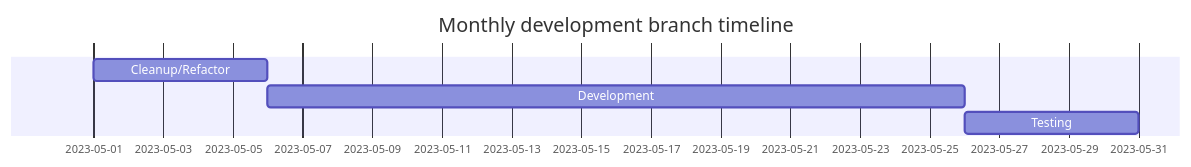
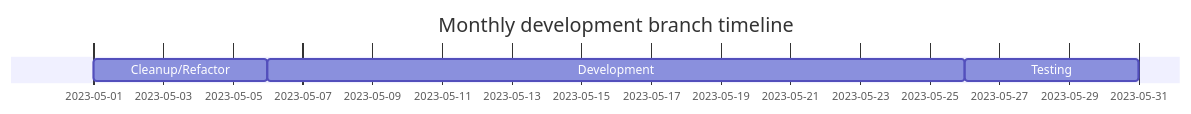
One commit to spectrum-health-systems/Abatab changed the third of 3 diagrams in README_development.md. Above: the diagram before and after it, drawn with Mermaid.

````diff
--- a/README_development.md
+++ b/README_development.md
@@ -97,8 +97,11 @@
 ```mermaid
+---
+displayMode: compact
+---
 gantt
   title Monthly development branch timeline
   dateFormat YY-MM-DD
   Cleanup/Refactor :23-05-01,5d
   Development :20d
   Testing : 5d
 ```
````
